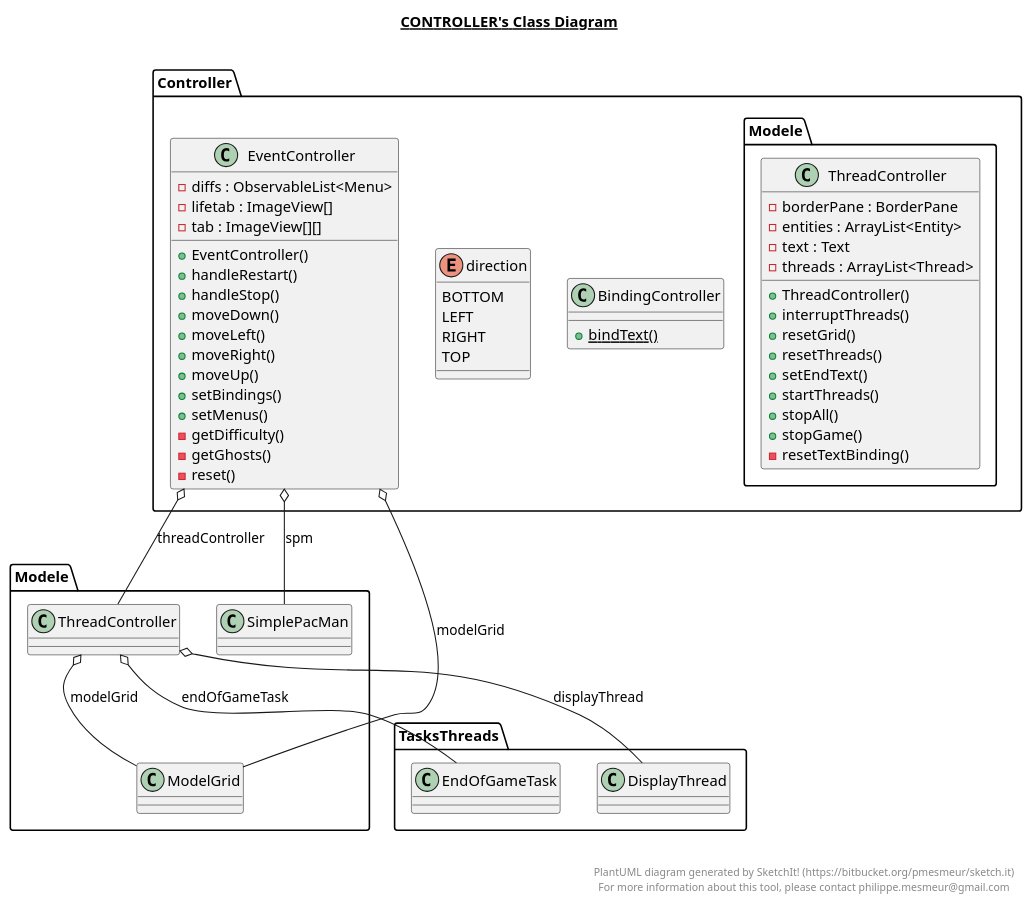
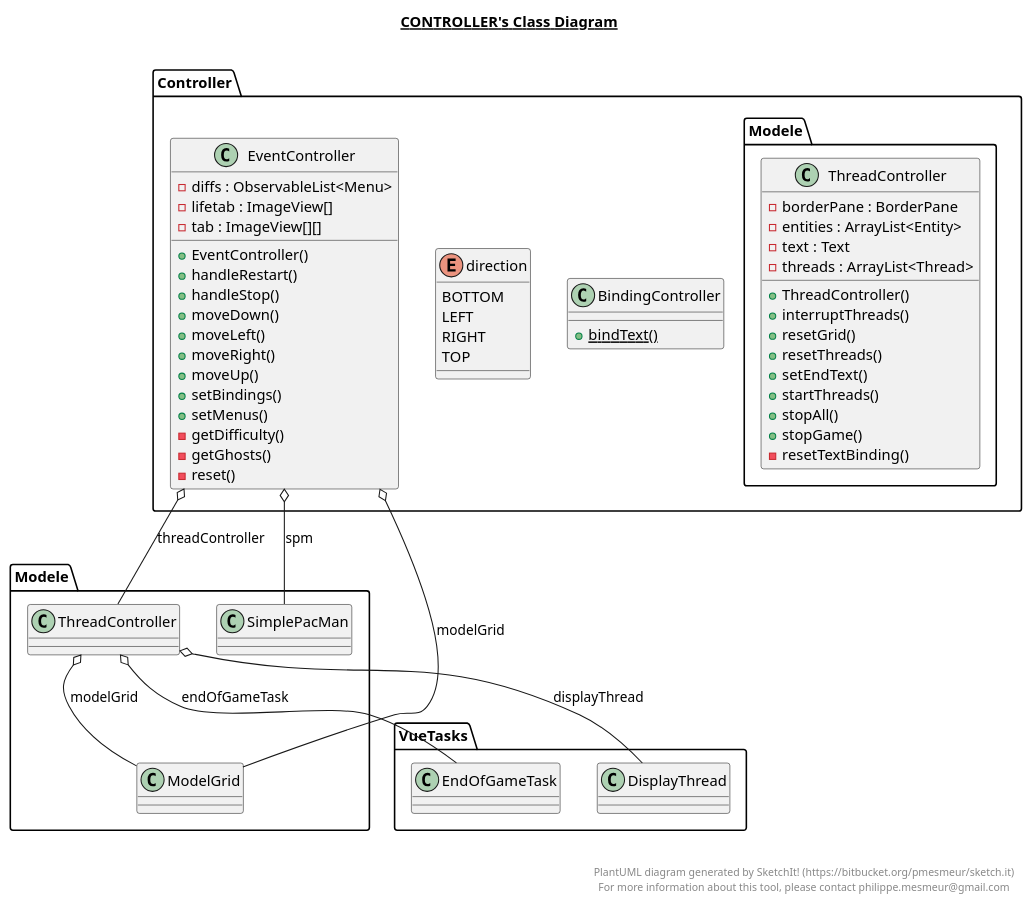
The diagram in src/Controller/Controller.plantuml (SimonGaufreteau/PacMan-Java), drawn with PlantUML before and after one commit. The commit also changed 7 other files, not shown here.

```diff
--- a/src/Controller/Controller.plantuml
+++ b/src/Controller/Controller.plantuml
@@ -1,79 +1,79 @@
 @startuml
 
 title __CONTROLLER's Class Diagram__\n
 
   namespace Controller {
     class Controller.BindingController {
         {static} + bindText()
     }
   }
   
 
   namespace Controller {
     enum direction {
       BOTTOM
       LEFT
       RIGHT
       TOP
     }
   }
   
 
   namespace Controller {
     class Controller.EventController {
         - diffs : ObservableList<Menu>
         - lifetab : ImageView[]
         - tab : ImageView[][]
         + EventController()
         + handleRestart()
         + handleStop()
         + moveDown()
         + moveLeft()
         + moveRight()
         + moveUp()
         + setBindings()
         + setMenus()
         - getDifficulty()
         - getGhosts()
         - reset()
     }
   }
   
 
   namespace Controller {
     class Modele.ThreadController {
         - borderPane : BorderPane
         - entities : ArrayList<Entity>
         - text : Text
         - threads : ArrayList<Thread>
         + ThreadController()
         + interruptThreads()
         + resetGrid()
         + resetThreads()
         + setEndText()
         + startThreads()
         + stopAll()
         + stopGame()
         - resetTextBinding()
     }
   }
   
 
   Controller.BindingController +-down- Controller.BindingController.direction
   Controller.EventController o-- Modele.ModelGrid : modelGrid
   Controller.EventController o-- Modele.SimplePacMan : spm
   Controller.EventController o-- Modele.ThreadController : threadController
-  Modele.ThreadController o-- TasksThreads.DisplayThread : displayThread
-  Modele.ThreadController o-- TasksThreads.EndOfGameTask : endOfGameTask
+  Modele.ThreadController o-- VueTasks.DisplayThread : displayThread
+  Modele.ThreadController o-- VueTasks.EndOfGameTask : endOfGameTask
   Modele.ThreadController o-- Modele.ModelGrid : modelGrid
   Modele.ThreadController o-- Controller.BindingController.direction : paneDirection
 
 
 right footer
 
 
 PlantUML diagram generated by SketchIt! (https://bitbucket.org/pmesmeur/sketch.it)
 For more information about this tool, please contact philippe.mesmeur@gmail.com
 endfooter
 
 @enduml
```
